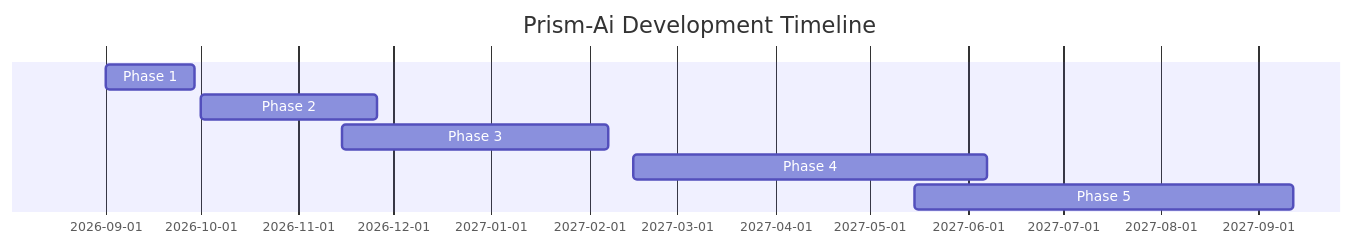
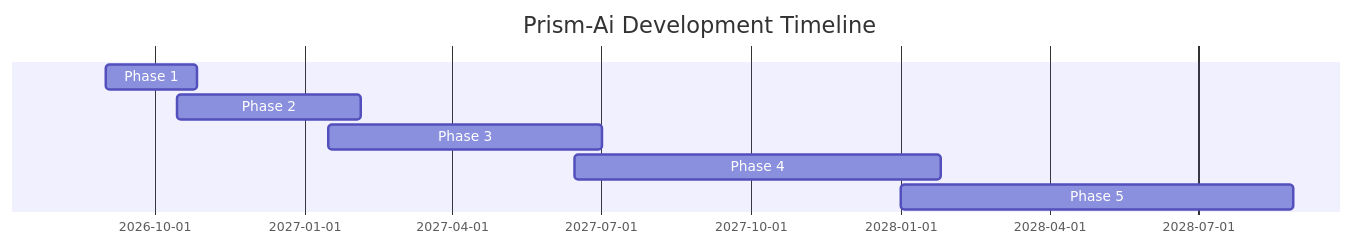
Before and after one commit to DudeSquad999/Prism-Ai: the third of 3 diagrams in ROADMAP.md, drawn with Mermaid. The commit also changed other lines of this file, not shown here.

````diff
--- a/ROADMAP.md
+++ b/ROADMAP.md
@@ -246,11 +246,11 @@
 ```mermaid
 gantt
     title Prism-Ai Development Timeline
     dateFormat YYYY-MM-DD
 
-    Phase 1: Enhanced Core :p1, 2026-09-01, 28d
-    Phase 2: World Model :p2, 2026-10-01, 56d
-    Phase 3: Persistent Memory :p3, 2026-11-15, 84d
-    Phase 4: Language-Logic Integration :p4, 2027-02-15, 112d
-    Phase 5: Advanced Features :p5, 2027-05-15, 120d
+    Phase 1: Enhanced Core :p1, 2026-09-01, 56d
+    Phase 2: World Model :p2, 2026-10-15, 112d
+    Phase 3: Persistent Memory :p3, 2027-01-15, 168d
+    Phase 4: Language-Logic Integration :p4, 2027-06-15, 224d
+    Phase 5: Advanced Features :p5, 2028-01-01, 240d
 ```
````
